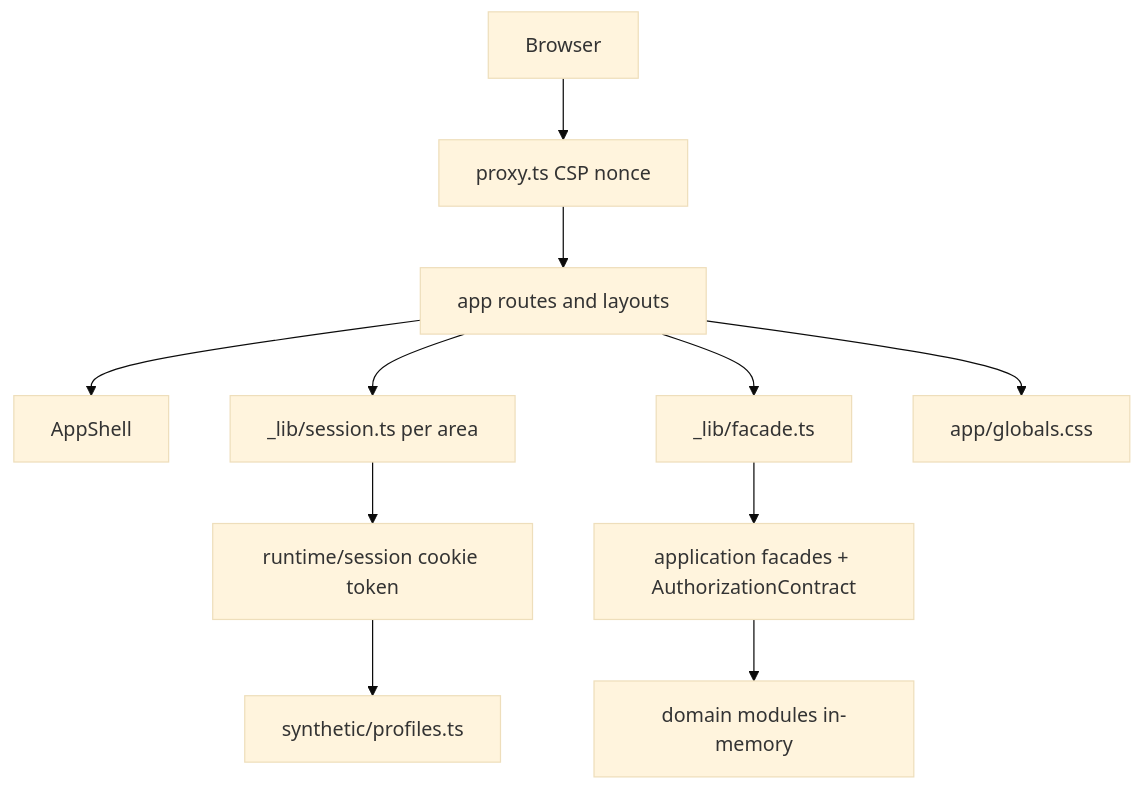
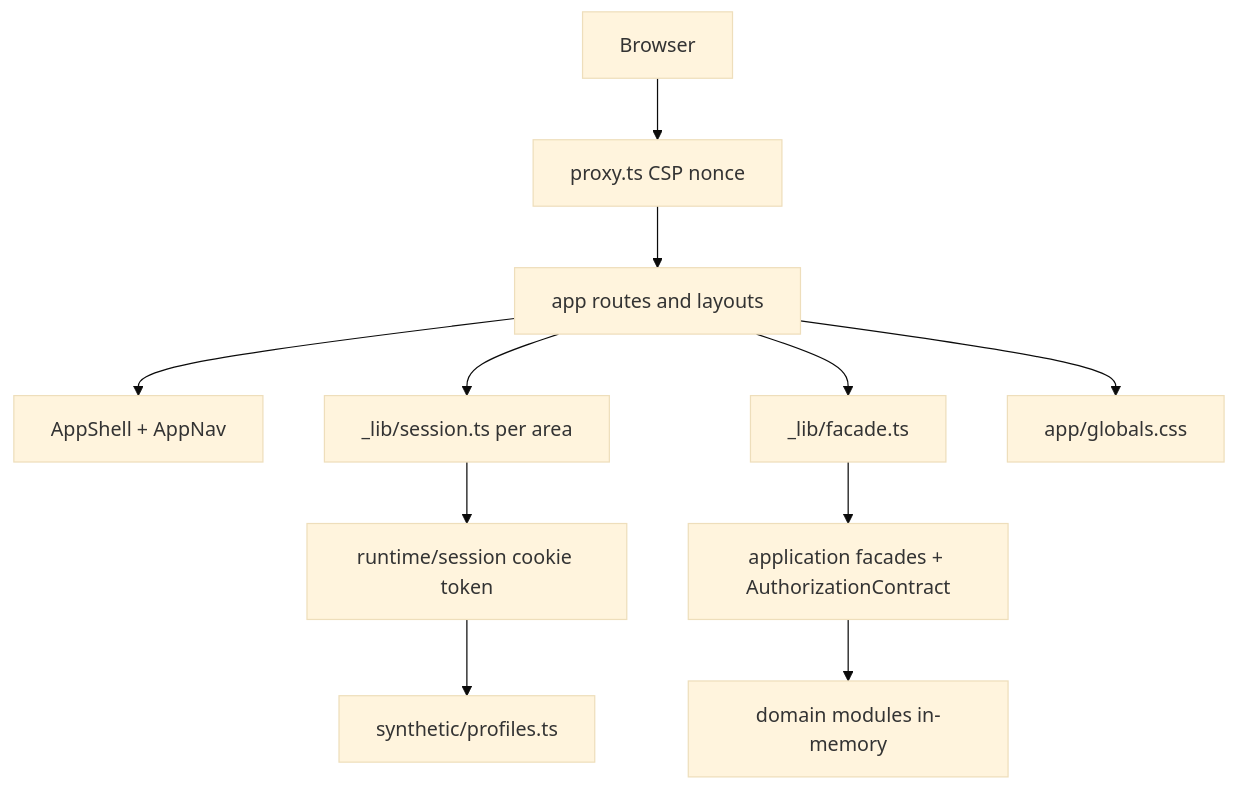
Before and after one commit to bbotond83/waldorf-community-task-manager: the first of 5 diagrams in aidlc/spaces/default/codekb/waldorf-community-task-manager/architecture.md, drawn with Mermaid (base theme). The commit also changed other lines of this file and 89 other files, not shown here.

````diff
--- a/aidlc/spaces/default/codekb/waldorf-community-task-manager/architecture.md
+++ b/aidlc/spaces/default/codekb/waldorf-community-task-manager/architecture.md
@@ -12,13 +12,13 @@
 ```mermaid
 flowchart TD
   Browser --> Proxy[proxy.ts CSP nonce]
   Proxy --> Pages[app routes and layouts]
-  Pages --> Shell[AppShell]
+  Pages --> Shell[AppShell + AppNav]
   Pages --> Sess[_lib/session.ts per area]
   Sess --> RtSess[runtime/session cookie token]
   RtSess --> Profiles[synthetic/profiles.ts]
   Pages --> Facade[_lib/facade.ts]
   Facade --> App[application facades + AuthorizationContract]
   App --> Dom[domain modules in-memory]
   Pages --> Css[app/globals.css]
 ```
````
